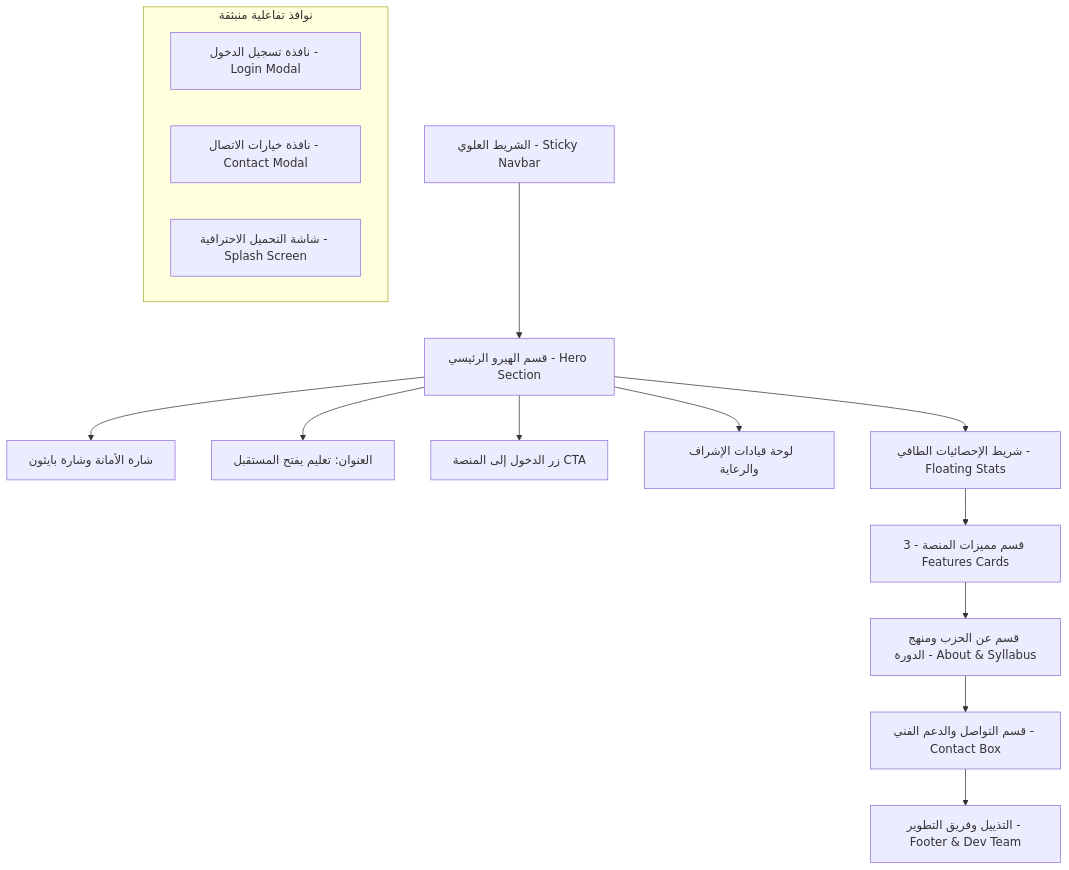
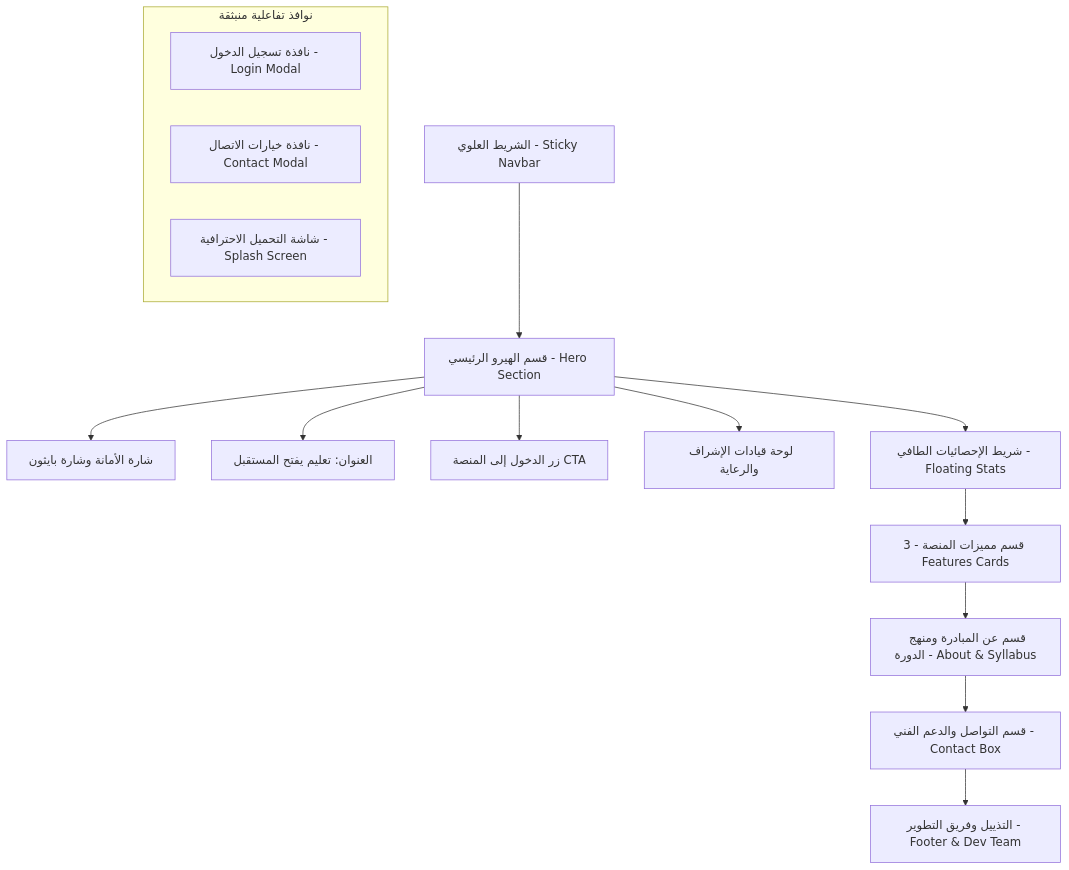
One commit to IbrahimElshishtawy/Mostakbal-Watan-Courses changed the diagram in docs/LANDING_PAGE_DOC.md. Above: the diagram before and after it, drawn with Mermaid. The commit also changed other lines of this file and 26 other files, not shown here.

````diff
--- a/docs/LANDING_PAGE_DOC.md
+++ b/docs/LANDING_PAGE_DOC.md
@@ -37,19 +37,19 @@
 ```mermaid
 graph TD
     A[الشريط العلوي - Sticky Navbar] --> B[قسم الهيرو الرئيسي - Hero Section]
     B --> B1[شارة الأمانة وشارة بايثون]
     B --> B2[العنوان: تعليم يفتح المستقبل]
     B --> B3[زر الدخول إلى المنصة CTA]
     B --> B4[لوحة قيادات الإشراف والرعاية]
     B --> C[شريط الإحصائيات الطافي - Floating Stats]
     C --> D[قسم مميزات المنصة - 3 Features Cards]
-    D --> E[قسم عن الحزب ومنهج الدورة - About & Syllabus]
+    D --> E[قسم عن المبادرة ومنهج الدورة - About & Syllabus]
     E --> F[قسم التواصل والدعم الفني - Contact Box]
     F --> G[التذييل وفريق التطوير - Footer & Dev Team]
     
     subgraph Modals [نوافذ تفاعلية منبثقة]
         M1[نافذة تسجيل الدخول - Login Modal]
         M2[نافذة خيارات الاتصال - Contact Modal]
         M3[شاشة التحميل الاحترافية - Splash Screen]
     end
 ```
````
